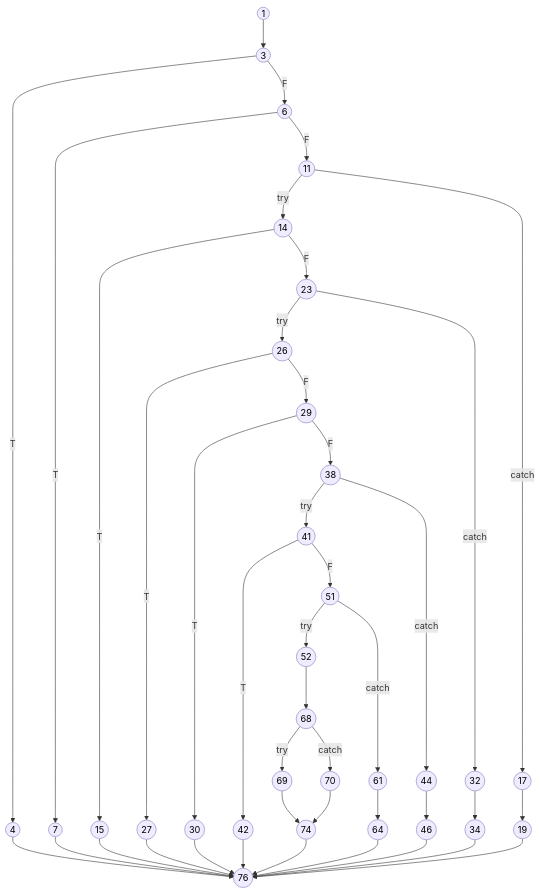
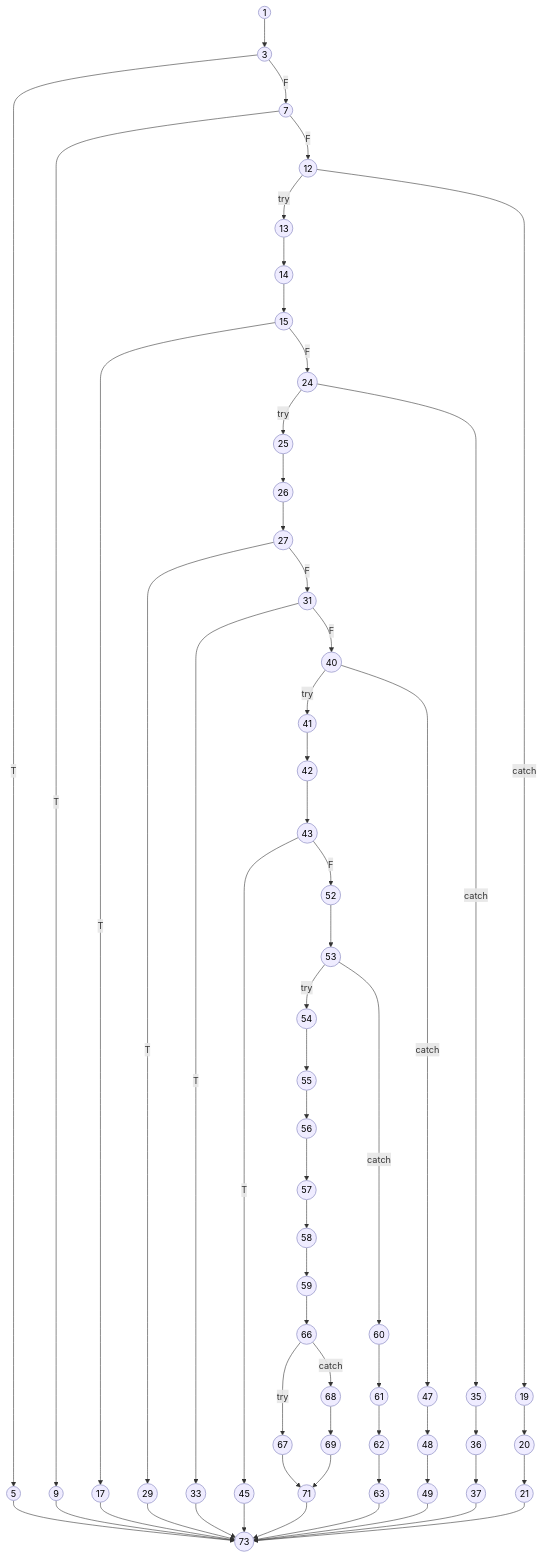
One commit to aryanhrc3428/Semester-5 changed the diagram in SE/ideathon/pseudocode/flowcharts/UC-10.mmd. Above: the diagram before and after it, drawn with Mermaid. The commit also changed 48 other files, not shown here.

```diff
--- a/SE/ideathon/pseudocode/flowcharts/UC-10.mmd
+++ b/SE/ideathon/pseudocode/flowcharts/UC-10.mmd
@@ -1,64 +1,88 @@
 graph TD
     %% Base styling matching the reference CFG style
     classDef default fill:#efecff,stroke:#a3a3d1,stroke-width:1.5px,color:#000;
     
     1((1)) --> 3((3))
     
-    3 -- T --> 4((4))
-    3 -- F --> 6((6))
+    3 -- T --> 5((5))
+    3 -- F --> 7((7))
     
-    6 -- T --> 7((7))
-    6 -- F --> 11((11))
+    7 -- T --> 9((9))
+    7 -- F --> 12((12))
     
-    11 -- try --> 14((14))
-    11 -- catch --> 17((17))
+    12 -- try --> 13((13))
+    12 -- catch --> 19((19))
     
-    14 -- T --> 15((15))
-    14 -- F --> 23((23))
+    13 --> 14((14))
+    14 --> 15((15))
     
-    17 --> 19((19))
+    15 -- T --> 17((17))
+    15 -- F --> 24((24))
     
-    23 -- try --> 26((26))
-    23 -- catch --> 32((32))
+    19 --> 20((20))
+    20 --> 21((21))
     
-    26 -- T --> 27((27))
-    26 -- F --> 29((29))
+    24 -- try --> 25((25))
+    24 -- catch --> 35((35))
     
-    29 -- T --> 30((30))
-    29 -- F --> 38((38))
+    25 --> 26((26))
+    26 --> 27((27))
     
-    32 --> 34((34))
+    27 -- T --> 29((29))
+    27 -- F --> 31((31))
     
-    38 -- try --> 41((41))
-    38 -- catch --> 44((44))
+    31 -- T --> 33((33))
+    31 -- F --> 40((40))
     
-    41 -- T --> 42((42))
-    41 -- F --> 51((51))
+    35 --> 36((36))
+    36 --> 37((37))
     
-    44 --> 46((46))
+    40 -- try --> 41((41))
+    40 -- catch --> 47((47))
     
-    51 -- try --> 52((52))
-    51 -- catch --> 61((61))
+    41 --> 42((42))
+    42 --> 43((43))
     
-    52 --> 68((68))
+    43 -- T --> 45((45))
+    43 -- F --> 52((52))
     
-    61 --> 64((64))
+    47 --> 48((48))
+    48 --> 49((49))
     
-    68 -- try --> 69((69))
-    68 -- catch --> 70((70))
+    52 --> 53((53))
     
-    69 --> 74((74))
-    70 --> 74
+    53 -- try --> 54((54))
+    53 -- catch --> 60((60))
     
-    %% Terminal error returns and catches syncing to the final end node
-    4 --> 76((76))
-    7 --> 76
-    15 --> 76
-    19 --> 76
-    27 --> 76
-    30 --> 76
-    34 --> 76
-    42 --> 76
-    46 --> 76
-    64 --> 76
-    74 --> 76
+    54 --> 55((55))
+    55 --> 56((56))
+    56 --> 57((57))
+    57 --> 58((58))
+    58 --> 59((59))
+    
+    59 --> 66((66))
+    
+    60 --> 61((61))
+    61 --> 62((62))
+    62 --> 63((63))
+    
+    66 -- try --> 67((67))
+    66 -- catch --> 68((68))
+    
+    67 --> 71((71))
+    
+    68 --> 69((69))
+    69 --> 71
+    
+    %% Terminal error returns and catches syncing to the final end node (73)
+    5 --> 73((73))
+    9 --> 73
+    17 --> 73
+    21 --> 73
+    29 --> 73
+    33 --> 73
+    37 --> 73
+    45 --> 73
+    49 --> 73
+    63 --> 73
+    71 --> 73
```
